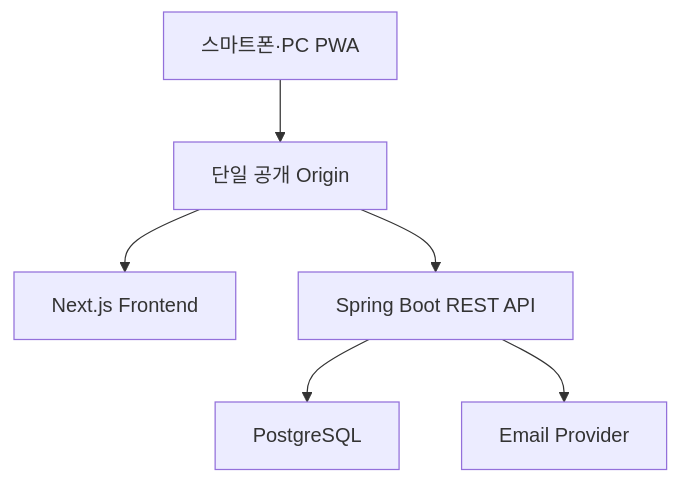
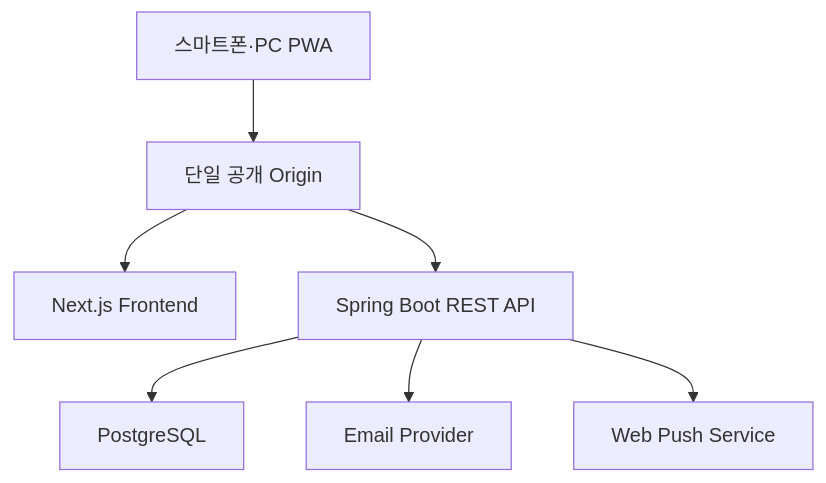
The first of 3 diagrams in docs/architecture.md (powerfulHimchan/MealBudgetDiet), drawn with Mermaid before and after one commit. The commit also changed other lines of this file, not shown here.

Commit message:
docs: design conditional budget push notifications

````diff
--- a/docs/architecture.md
+++ b/docs/architecture.md
@@ -43,8 +44,9 @@
 ```mermaid
 flowchart TD
     U["스마트폰·PC PWA"] --> E["단일 공개 Origin"]
     E --> F["Next.js Frontend"]
     E --> A["Spring Boot REST API"]
     A --> D["PostgreSQL"]
     A --> M["Email Provider"]
+    A --> P["Web Push Service"]
 ```
````
